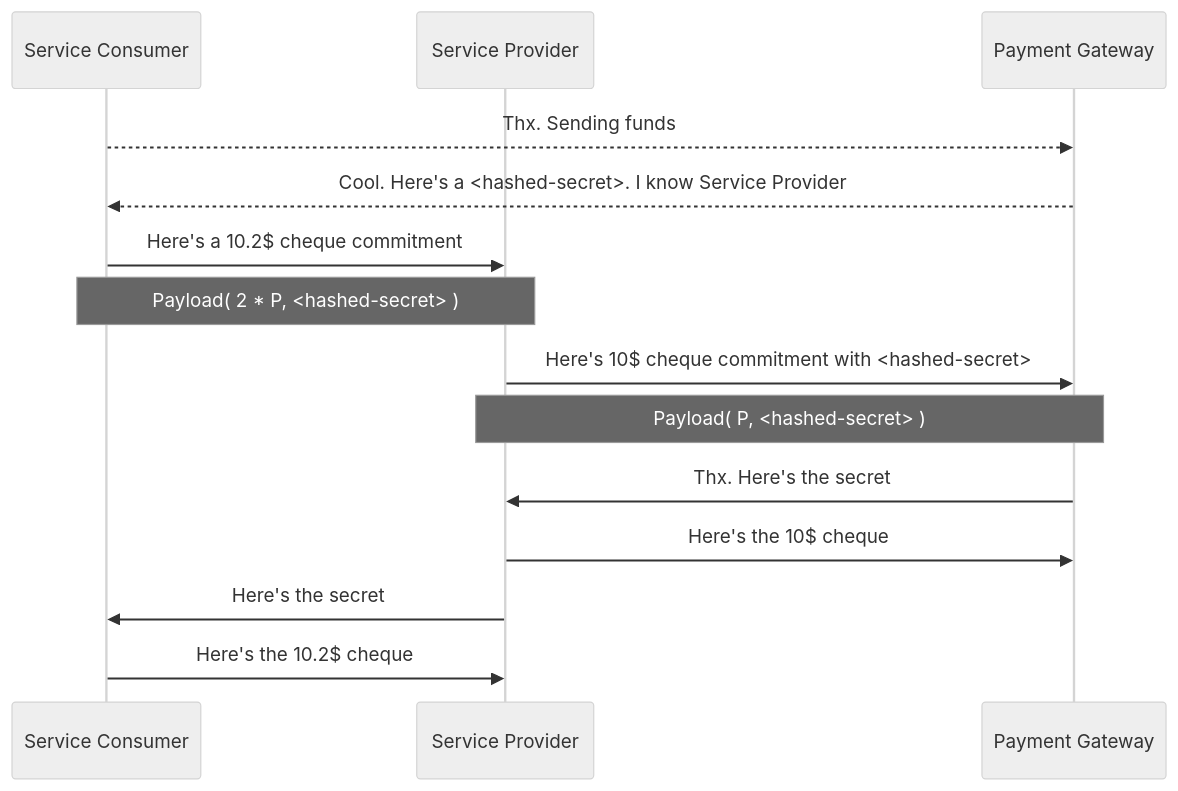
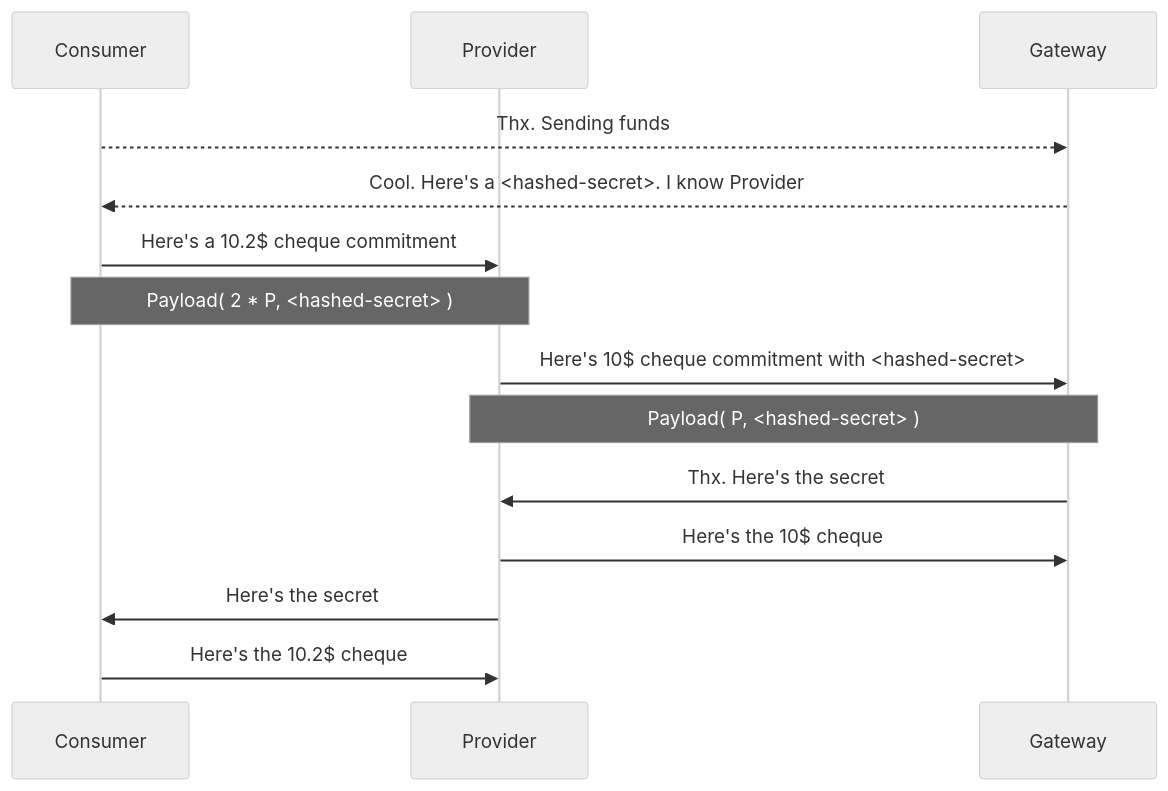
The first of 4 diagrams in docs/design-notes.md (colll78/cardano-lightning), drawn with Mermaid (neutral theme) before and after one commit. The commit also changed other lines of this file, not shown here.

````diff
--- a/docs/design-notes.md
+++ b/docs/design-notes.md
@@ -66,17 +66,17 @@
 ```mermaid
  sequenceDiagram
-  participant Service Consumer
-  participant Service Provider
-  participant Payment Gateway
+  participant Consumer
+  participant Provider
+  participant Gateway
 
-  Service Consumer-->>Payment Gateway: Thx. Sending funds
-  Payment Gateway-->>Service Consumer: Cool. Here's a <hashed-secret>. I know Service Provider
-  Service Consumer->>Service Provider: Here's a 10.2$ cheque commitment
-  Note over Service Consumer,Service Provider: Payload( 2 * P, <hashed-secret> )
-  Service Provider->>Payment Gateway: Here's 10$ cheque commitment with <hashed-secret>
-  Note over Service Provider,Payment Gateway: Payload( P, <hashed-secret> )
-  Payment Gateway->>Service Provider: Thx. Here's the secret
-  Service Provider->>Payment Gateway: Here's the 10$ cheque
-  Service Provider->>Service Consumer: Here's the secret
-  Service Consumer->>Service Provider: Here's the 10.2$ cheque
+  Consumer-->>Gateway: Thx. Sending funds
+  Gateway-->> Consumer: Cool. Here's a <hashed-secret>. I know  Provider
+  Consumer->> Provider: Here's a 10.2$ cheque commitment
+  Note over  Consumer, Provider: Payload( 2 * P, <hashed-secret> )
+  Provider->>Gateway: Here's 10$ cheque commitment with <hashed-secret>
+  Note over  Provider,Gateway: Payload( P, <hashed-secret> )
+  Gateway->> Provider: Thx. Here's the secret
+  Provider->>Gateway: Here's the 10$ cheque
+   Provider->> Consumer: Here's the secret
+   Consumer->> Provider: Here's the 10.2$ cheque
 ```
````
